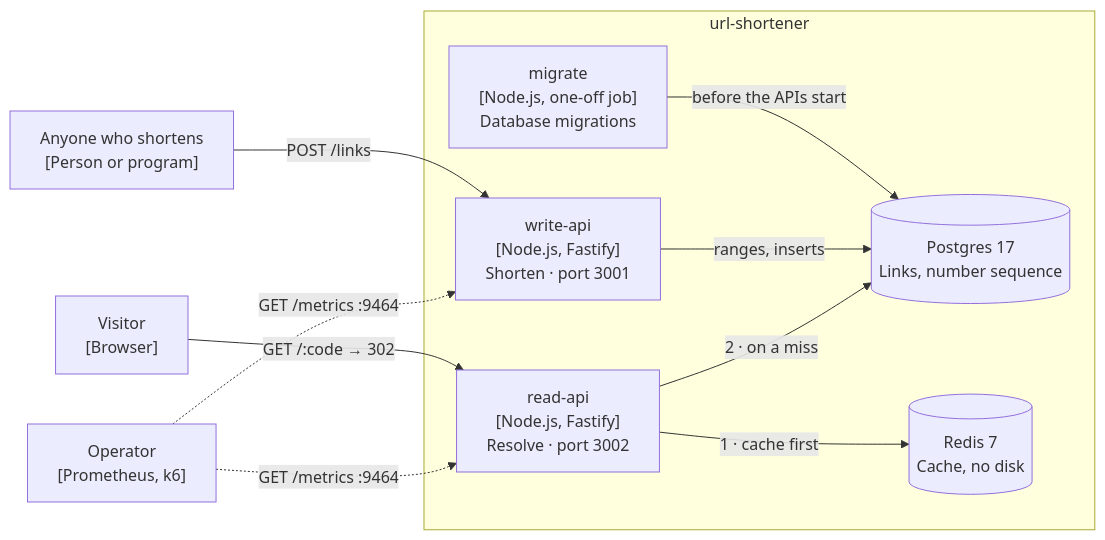
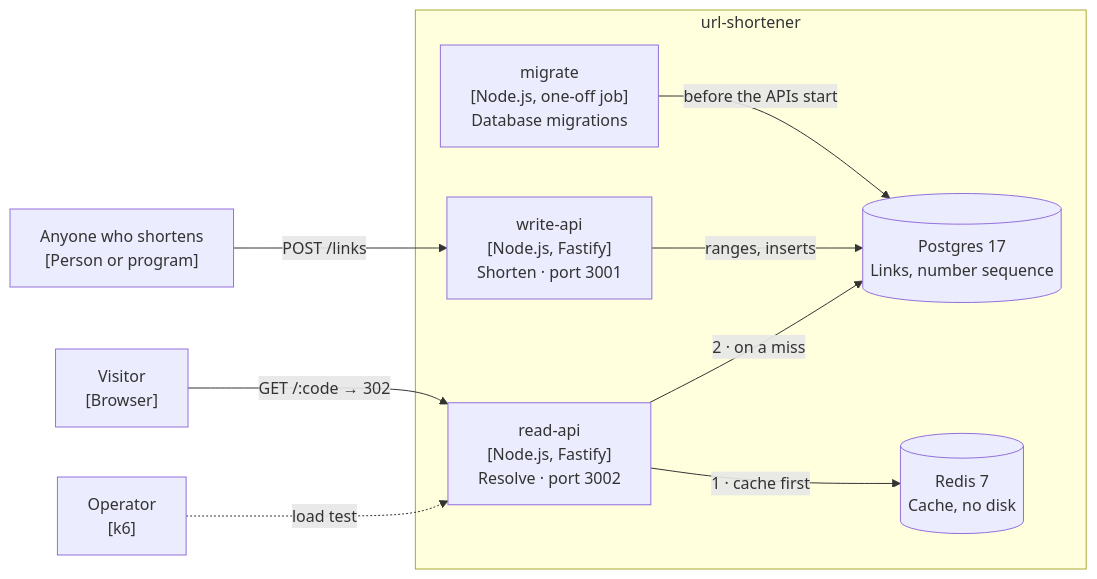
The second of 3 diagrams in docs/architecture.md (poschuler/url-shortener), drawn with Mermaid before and after one commit. The commit also changed other lines of this file and 4 other files, not shown here.

````diff
--- a/docs/architecture.md
+++ b/docs/architecture.md
@@ -27,23 +27,22 @@
 ```mermaid
 flowchart LR
   creator["Anyone who shortens<br/>[Person or program]"]
   visitor["Visitor<br/>[Browser]"]
-  ops["Operator<br/>[Prometheus, k6]"]
+  ops["Operator<br/>[k6]"]
 
   subgraph system["url-shortener"]
     write["write-api<br/>[Node.js, Fastify]<br/>Shorten · port 3001"]
     read["read-api<br/>[Node.js, Fastify]<br/>Resolve · port 3002"]
     migrate["migrate<br/>[Node.js, one-off job]<br/>Database migrations"]
     pg[("Postgres 17<br/>Links, number sequence")]
     redis[("Redis 7<br/>Cache, no disk")]
   end
 
   creator -- "POST /links" --> write
   visitor -- "GET /:code → 302" --> read
-  ops -. "GET /metrics :9464" .-> write
-  ops -. "GET /metrics :9464" .-> read
+  ops -. "load test" .-> read
   migrate -- "before the APIs start" --> pg
   write -- "ranges, inserts" --> pg
   read -- "1 · cache first" --> redis
   read -- "2 · on a miss" --> pg
 ```
````
